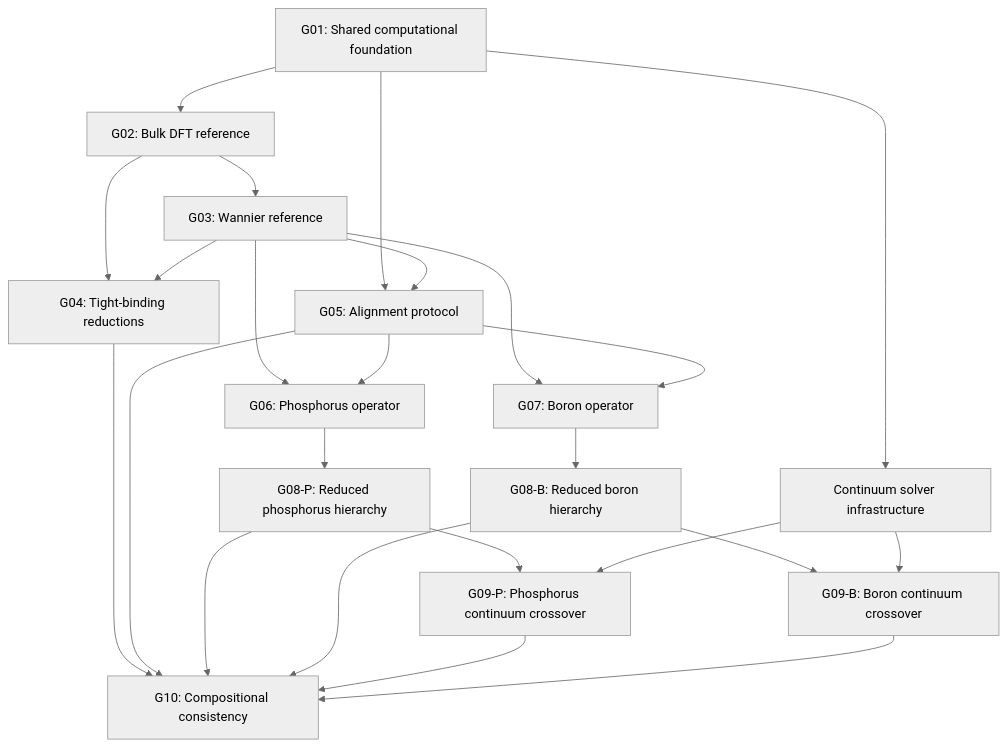
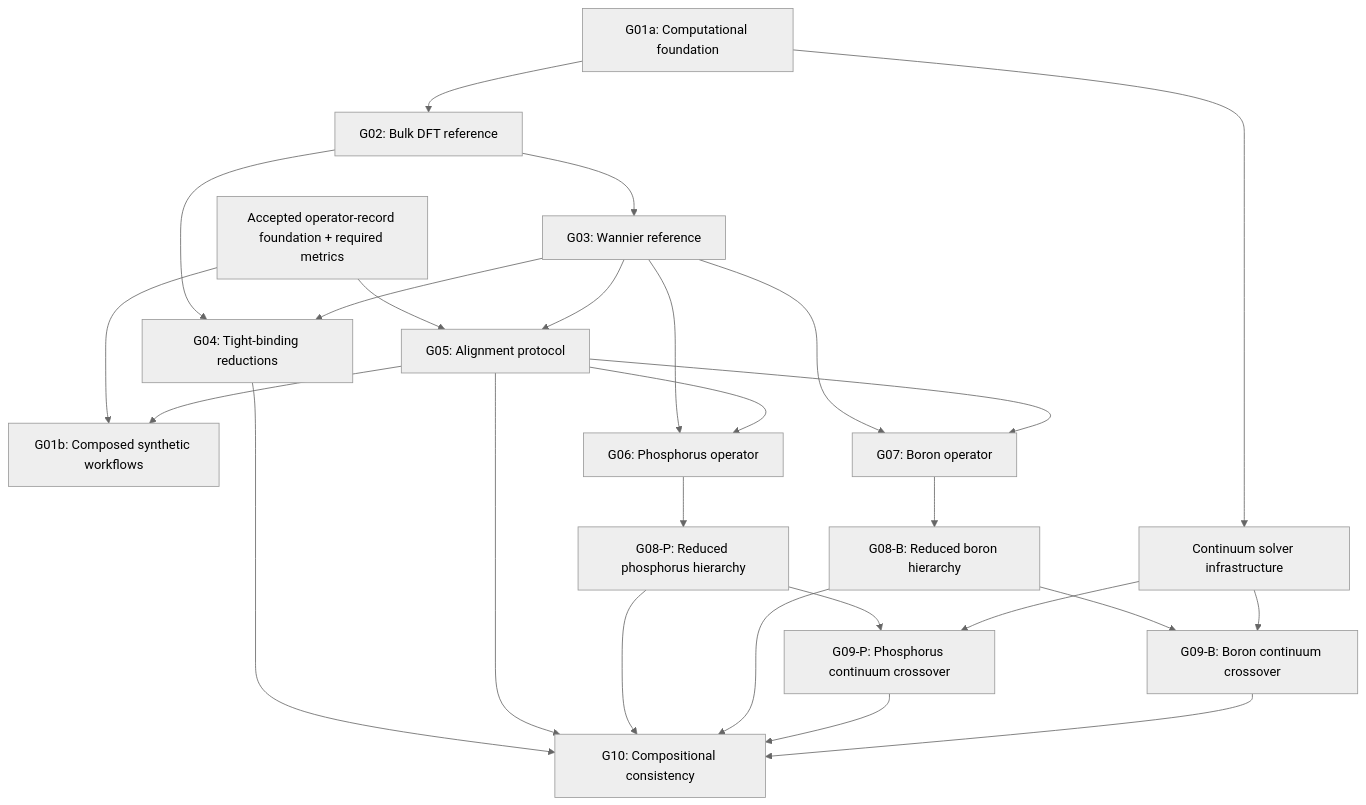
The diagram in docs/computational/ksdft2effmass.computational.00.md (eragasa/ksdft2effmass), drawn with Mermaid (neutral theme) before and after one commit. The commit also changed other lines of this file and 268 other files, not shown here.

````diff
--- a/docs/computational/ksdft2effmass.computational.00.md
+++ b/docs/computational/ksdft2effmass.computational.00.md
@@ -88,45 +116,49 @@
 ```mermaid
 flowchart TD
-    G01["G01: Shared computational foundation"]
+    G01A["G01a: Computational foundation"]
+    G01B["G01b: Composed synthetic workflows"]
+    ORF["Accepted operator-record foundation + required metrics"]
     G02["G02: Bulk DFT reference"]
     G03["G03: Wannier reference"]
     G04["G04: Tight-binding reductions"]
     G05["G05: Alignment protocol"]
     G06["G06: Phosphorus operator"]
     G07["G07: Boron operator"]
     C09["Continuum solver infrastructure"]
     G08P["G08-P: Reduced phosphorus hierarchy"]
     G08B["G08-B: Reduced boron hierarchy"]
     G09P["G09-P: Phosphorus continuum crossover"]
     G09B["G09-B: Boron continuum crossover"]
     G10["G10: Compositional consistency"]
 
-    G01 --> G02
-    G01 --> G05
-    G01 --> C09
+    G01A --> G02
+    ORF --> G01B
+    ORF --> G05
+    G05 --> G01B
+    G01A --> C09
 
     G02 --> G03
     G02 --> G04
     G03 --> G04
     G03 --> G05
 
     G03 --> G06
     G05 --> G06
     G03 --> G07
     G05 --> G07
 
     G06 --> G08P
     G07 --> G08B
 
     G08P --> G09P
     G08B --> G09B
     C09 --> G09P
     C09 --> G09B
 
     G04 --> G10
     G05 --> G10
     G08P --> G10
     G08B --> G10
     G09P --> G10
     G09B --> G10
 ```
````
